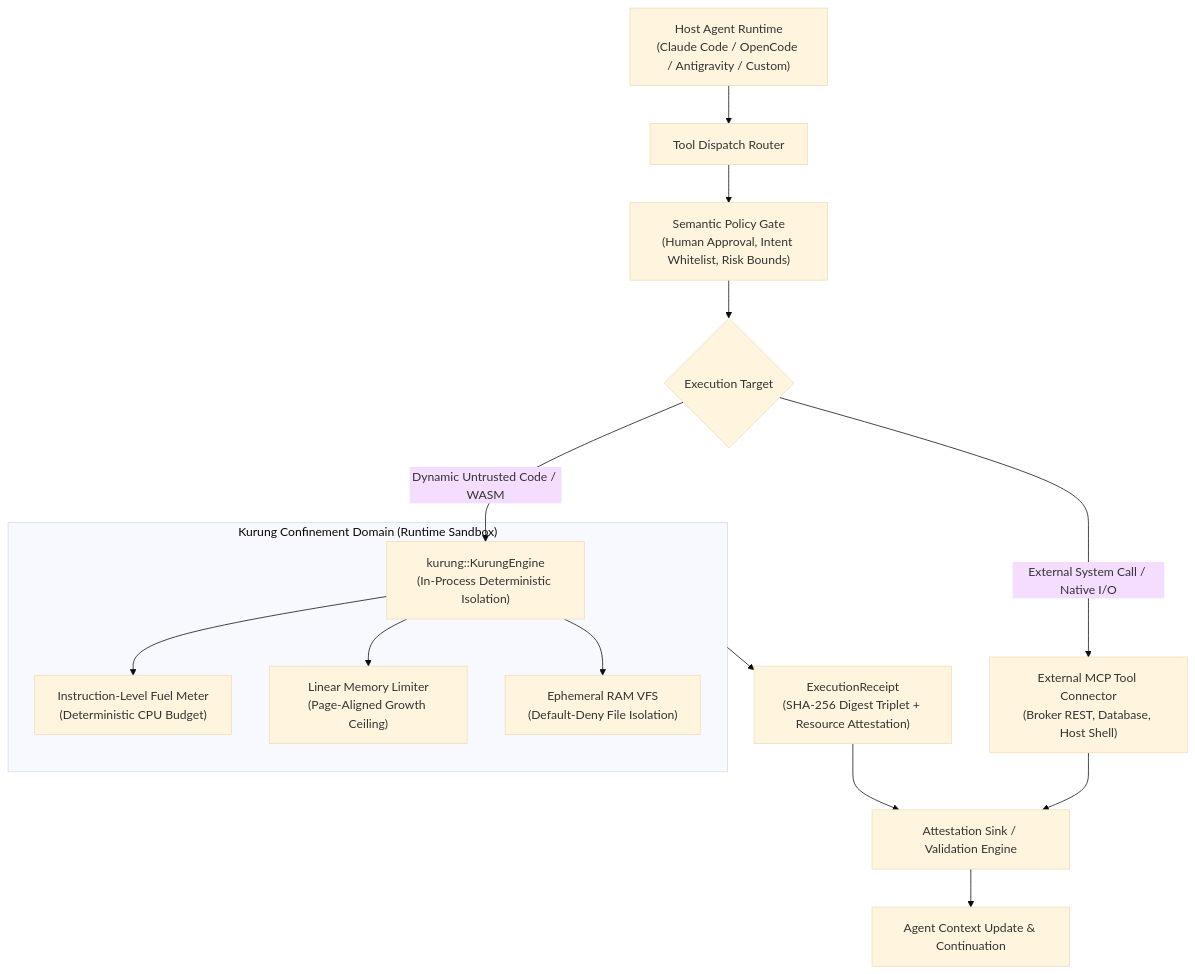
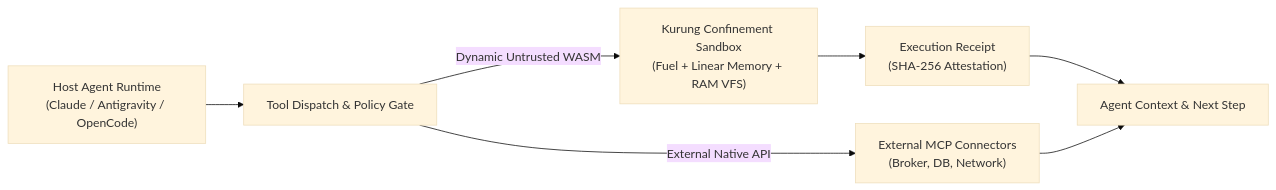
Before and after one commit to koodoxz/kurung: the diagram in README.md, drawn with Mermaid (base theme). The commit also changed other lines of this file and 2 other files, not shown here.

Commit message:
docs: streamline README with proportional 360px banner, compact horizontal architecture flow, and unified security matrix

````diff
--- a/README.md
+++ b/README.md
@@ -45,20 +43,9 @@
 ```mermaid
-graph TD
-    Agent["Host Agent Runtime<br/>(Claude Code / OpenCode / Antigravity / Custom)"] --> Dispatcher["Tool Dispatch Router"]
-    Dispatcher --> Policy["Semantic Policy Gate<br/>(Human Approval, Intent Whitelist, Risk Bounds)"]
-    Policy --> Router{"Execution Target"}
-    
-    Router -->|"Dynamic Untrusted Code / WASM"| Kurung["kurung::KurungEngine<br/>(In-Process Deterministic Isolation)"]
-    Router -->|"External System Call / Native I/O"| MCP["External MCP Tool Connector<br/>(Broker REST, Database, Host Shell)"]
-    
-    subgraph SandboxBoundary ["Kurung Confinement Domain (Runtime Sandbox)"]
-        Kurung --> Fuel["Instruction-Level Fuel Meter<br/>(Deterministic CPU Budget)"]
-        Kurung --> Mem["Linear Memory Limiter<br/>(Page-Aligned Growth Ceiling)"]
-        Kurung --> VFS["Ephemeral RAM VFS<br/>(Default-Deny File Isolation)"]
-    end
-    
-    SandboxBoundary --> Receipt["ExecutionReceipt<br/>(SHA-256 Digest Triplet + Resource Attestation)"]
-    Receipt --> Sink["Attestation Sink / Validation Engine"]
-    MCP --> Sink
-    Sink --> Continuation["Agent Context Update & Continuation"]
+graph LR
+    Agent["Host Agent Runtime<br/>(Claude / Antigravity / OpenCode)"] --> Router["Tool Dispatch & Policy Gate"]
+    Router -->|"Dynamic Untrusted WASM"| Kurung["Kurung Confinement Sandbox<br/>(Fuel + Linear Memory + RAM VFS)"]
+    Router -->|"External Native API"| MCP["External MCP Connectors<br/>(Broker, DB, Network)"]
+    Kurung --> Receipt["Execution Receipt<br/>(SHA-256 Attestation)"]
+    Receipt --> Continuation["Agent Context & Next Step"]
+    MCP --> Continuation
 ```
````
